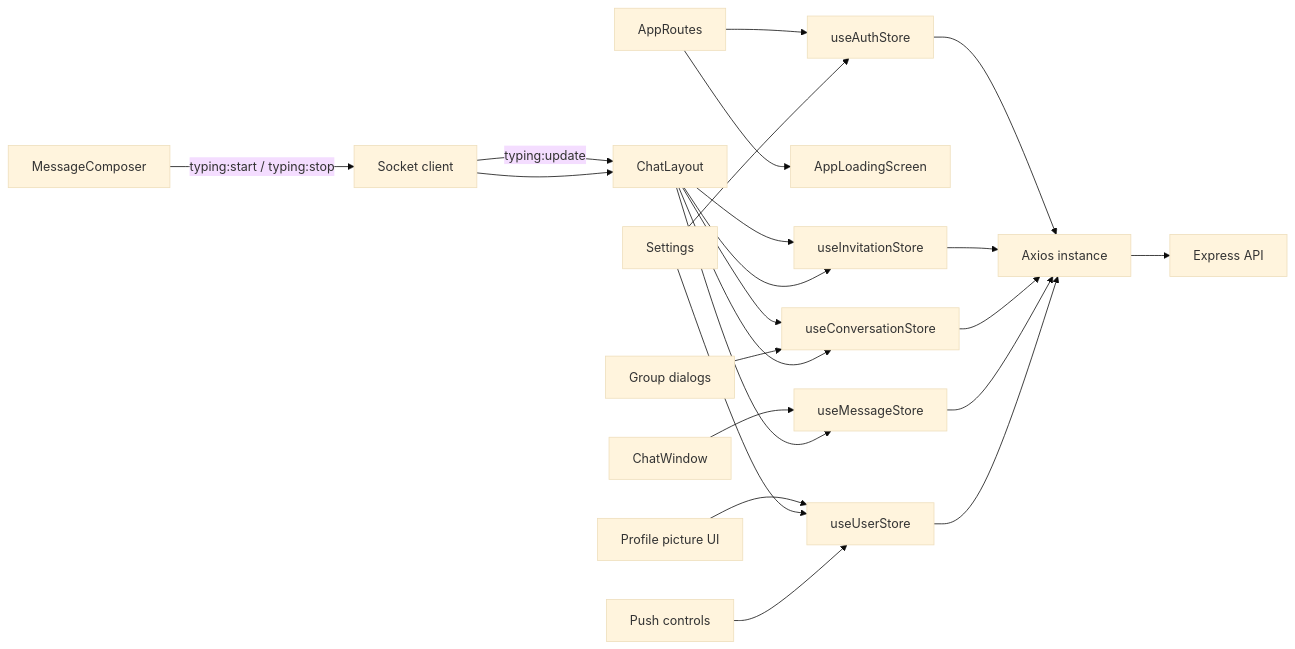
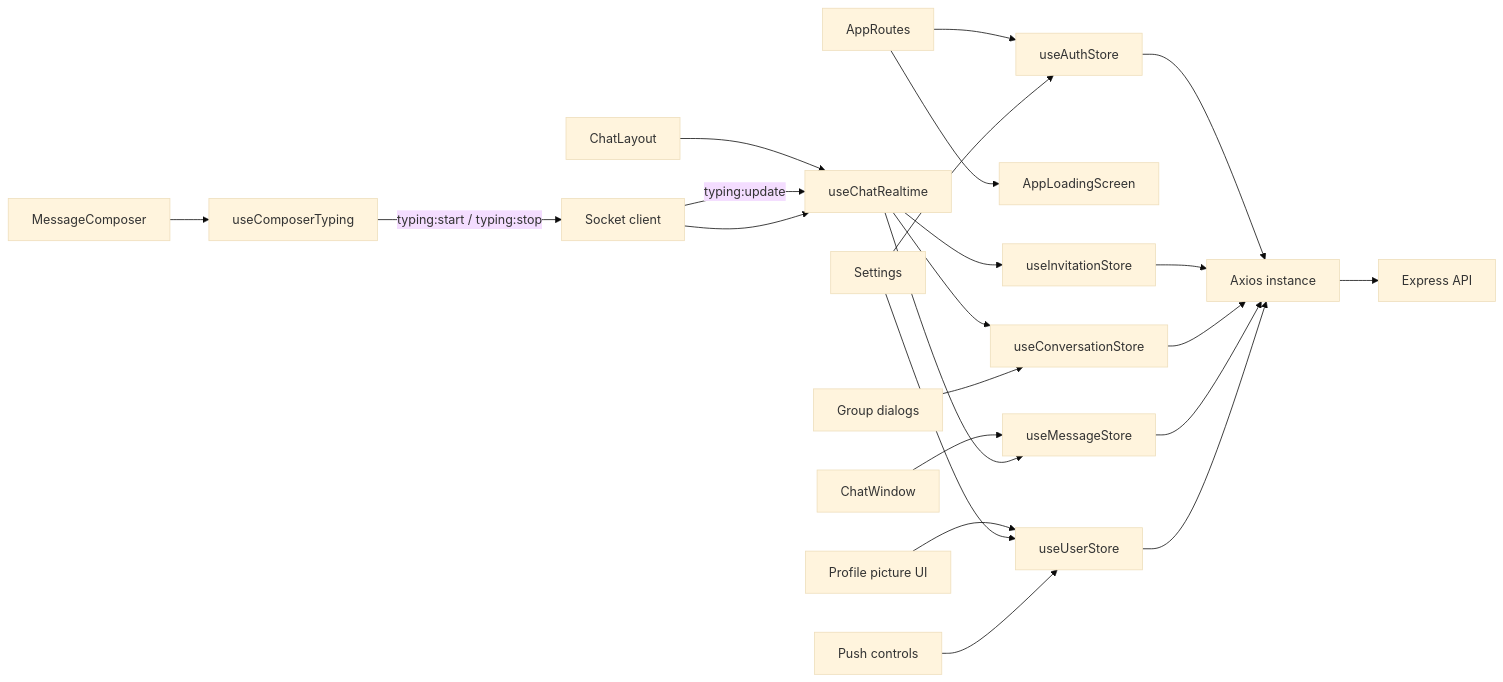
Before and after one commit to Saurav11343/click-chat: the sixth of 7 diagrams in docs/02-system-architecture.md, drawn with Mermaid (base theme). The commit also changed other lines of this file and 183 other files, not shown here.

````diff
--- a/docs/02-system-architecture.md
+++ b/docs/02-system-architecture.md
@@ -154,27 +159,27 @@
 ```mermaid
 flowchart LR
     AR["AppRoutes"] --> AS["useAuthStore"]
     AR --> LS["AppLoadingScreen"]
-    CL["ChatLayout"] --> IS["useInvitationStore"]
-    CL --> CS["useConversationStore"]
+    CL["ChatLayout"] --> RT["useChatRealtime"]
+    RT --> IS["useInvitationStore"]
+    RT --> CS["useConversationStore"]
     CW["ChatWindow"] --> MS["useMessageStore"]
-    MC["MessageComposer"] -->|"typing:start / typing:stop"| SO
-    SO -->|"typing:update"| CL
+    MC["MessageComposer"] --> CT["useComposerTyping"]
+    CT -->|"typing:start / typing:stop"| SO
+    SO -->|"typing:update"| RT
     PP["Profile picture UI"] --> US["useUserStore"]
     SET["Settings"] --> AS
     SET --> US
     GP["Group dialogs"] --> CS
     PUSH["Push controls"] --> US
 
     AX["Axios instance"] --> API["Express API"]
     AS --> AX
     IS --> AX
     CS --> AX
     MS --> AX
     US --> AX
 
-    SO["Socket client"] --> CL
-    CL --> IS
-    CL --> CS
-    CL --> MS
+    SO["Socket client"] --> RT
+    RT --> MS
 ```
````
